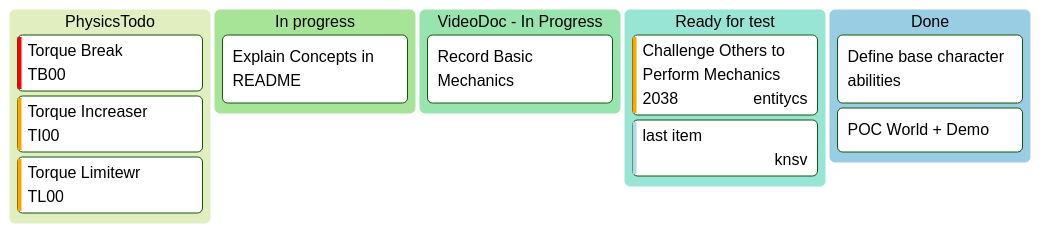
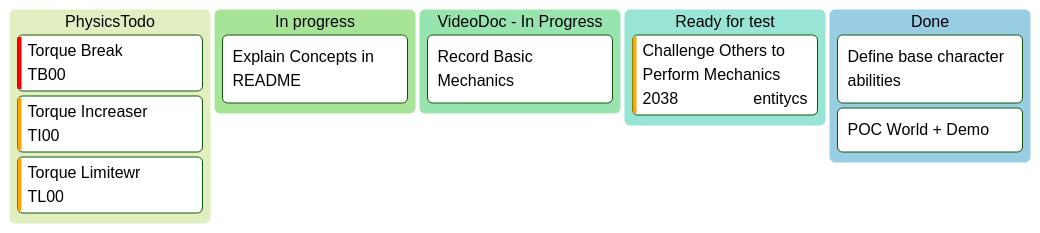
One commit to entitycs/WaMBaM changed the second of 2 diagrams in README.md. Above: the diagram before and after it, drawn with Mermaid.

````diff
--- a/README.md
+++ b/README.md
@@ -67,22 +67,21 @@
 ```mermaid
 ---
 config:
   theme: 'forest'
 ---
 kanban
   physics[PhysicsTodo]
     tg[Torque Break]@{ticket: TB00,  priority: 'Very High'}
     tg[Torque Increaser]@{ticket: TI00,  priority: 'High'}
     tg[Torque Limitewr]@{ticket: TL00,  priority: 'High'}
   q[In progress]
     id6[Explain Concepts in README]
   id9[VideoDoc - In Progress]
     id8[Record Basic Mechanics] 
   id10[Ready for test]
     id4[Challenge Others to Perform Mechanics]@{ ticket: 2038, assigned: 'entitycs', priority: 'High' }
-    id66[last item]@{ priority: 'Very Low', assigned: 'knsv' }
   id11[Done]
     id5[Define base character abilities]
     id2[POC World + Demo] 
  
 ```
````
